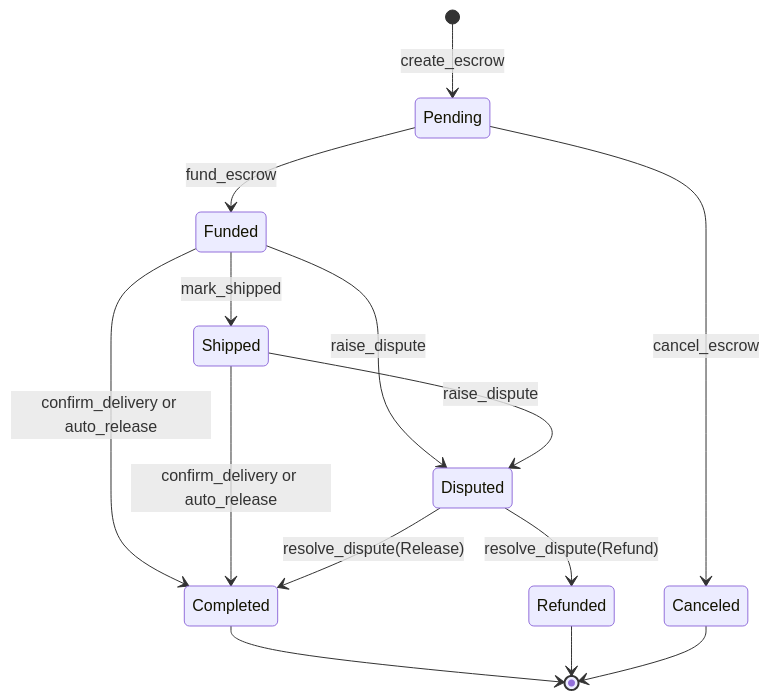
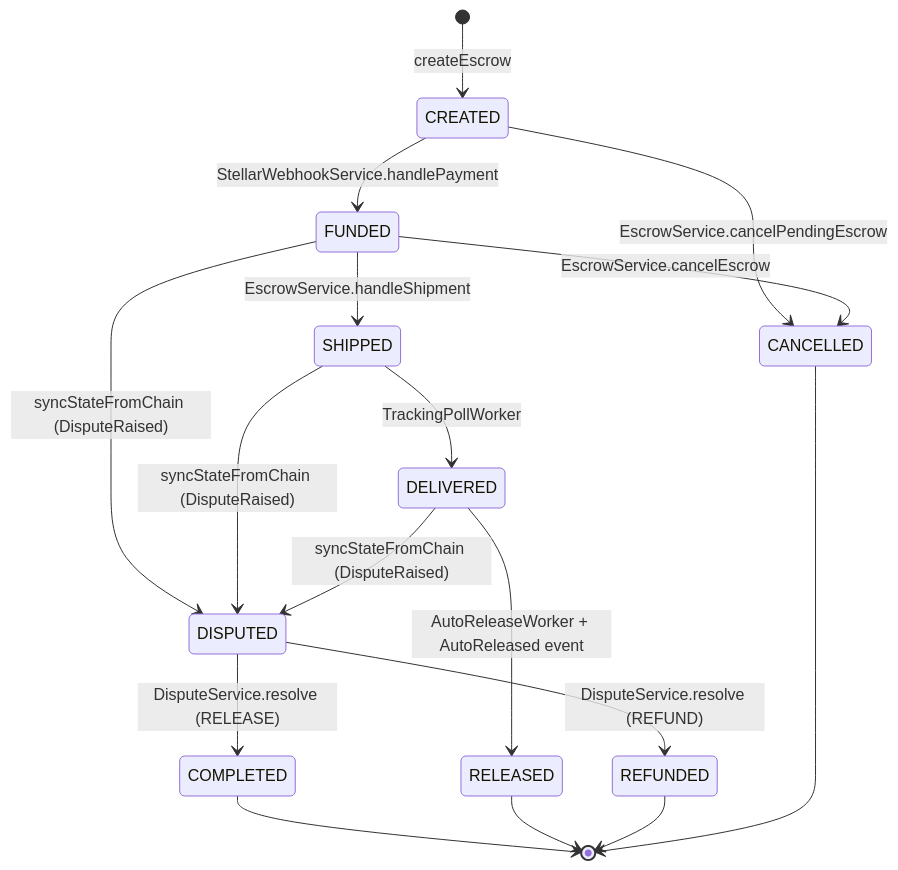
Before and after one commit to JSE-ORG/trust-link-backend: the diagram in docs/state-machine.md, drawn with Mermaid. The commit also changed other lines of this file and 226 other files, not shown here.

````diff
--- a/docs/state-machine.md
+++ b/docs/state-machine.md
@@ -20,21 +39,25 @@
 ```mermaid
 stateDiagram-v2
-    [*] --> Pending: create_escrow
+    [*] --> CREATED: createEscrow
 
-    Pending --> Funded: fund_escrow
-    Pending --> Canceled: cancel_escrow
+    CREATED --> FUNDED: StellarWebhookService.handlePayment
+    CREATED --> CANCELLED: EscrowService.cancelPendingEscrow
 
-    Funded --> Shipped: mark_shipped
-    Funded --> Disputed: raise_dispute
-    Funded --> Completed: confirm_delivery or auto_release
+    FUNDED --> SHIPPED: EscrowService.handleShipment
+    FUNDED --> CANCELLED: EscrowService.cancelEscrow
+    FUNDED --> DISPUTED: syncStateFromChain (DisputeRaised)
 
-    Shipped --> Disputed: raise_dispute
-    Shipped --> Completed: confirm_delivery or auto_release
+    SHIPPED --> DELIVERED: TrackingPollWorker
+    DELIVERED --> RELEASED: AutoReleaseWorker + AutoReleased event
+    SHIPPED --> DISPUTED: syncStateFromChain (DisputeRaised)
 
-    Disputed --> Completed: resolve_dispute(Release)
-    Disputed --> Refunded: resolve_dispute(Refund)
+    DELIVERED --> DISPUTED: syncStateFromChain (DisputeRaised)
 
-    Completed --> [*]
-    Refunded --> [*]
-    Canceled --> [*]
+    DISPUTED --> COMPLETED: DisputeService.resolve (RELEASE)
+    DISPUTED --> REFUNDED: DisputeService.resolve (REFUND)
+
+    COMPLETED --> [*]
+    RELEASED --> [*]
+    REFUNDED --> [*]
+    CANCELLED --> [*]
 ```
````
